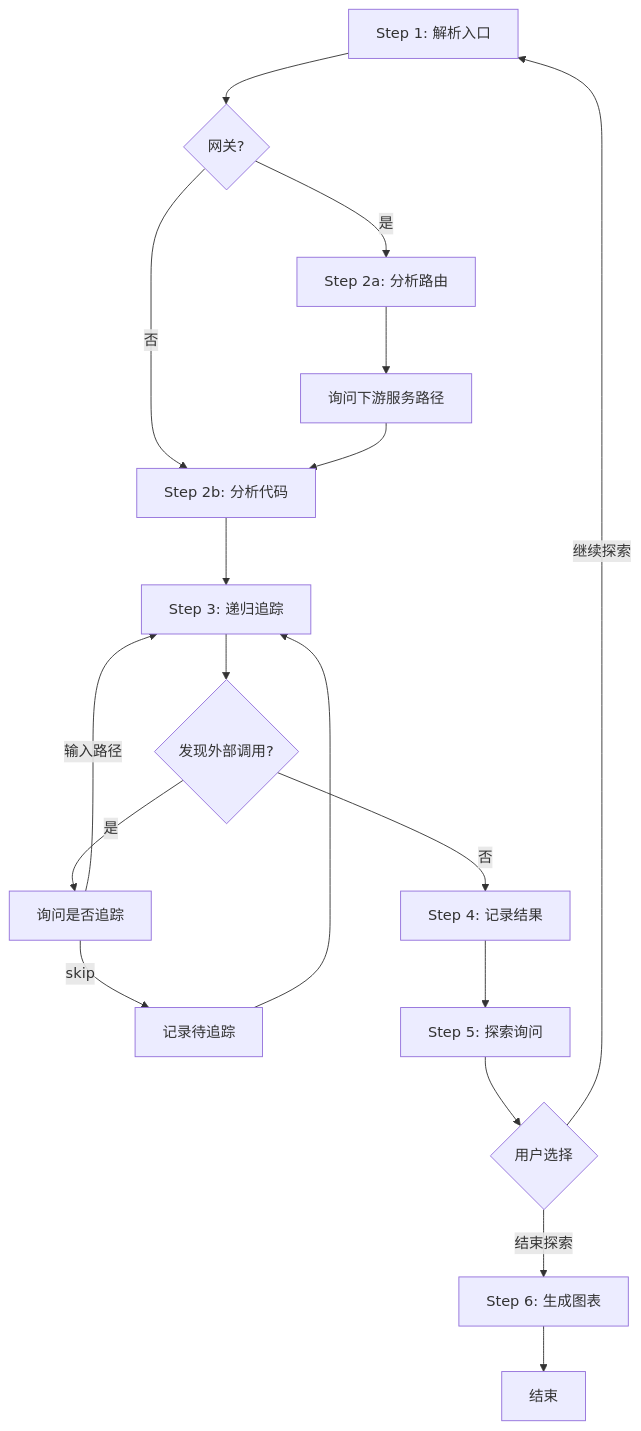
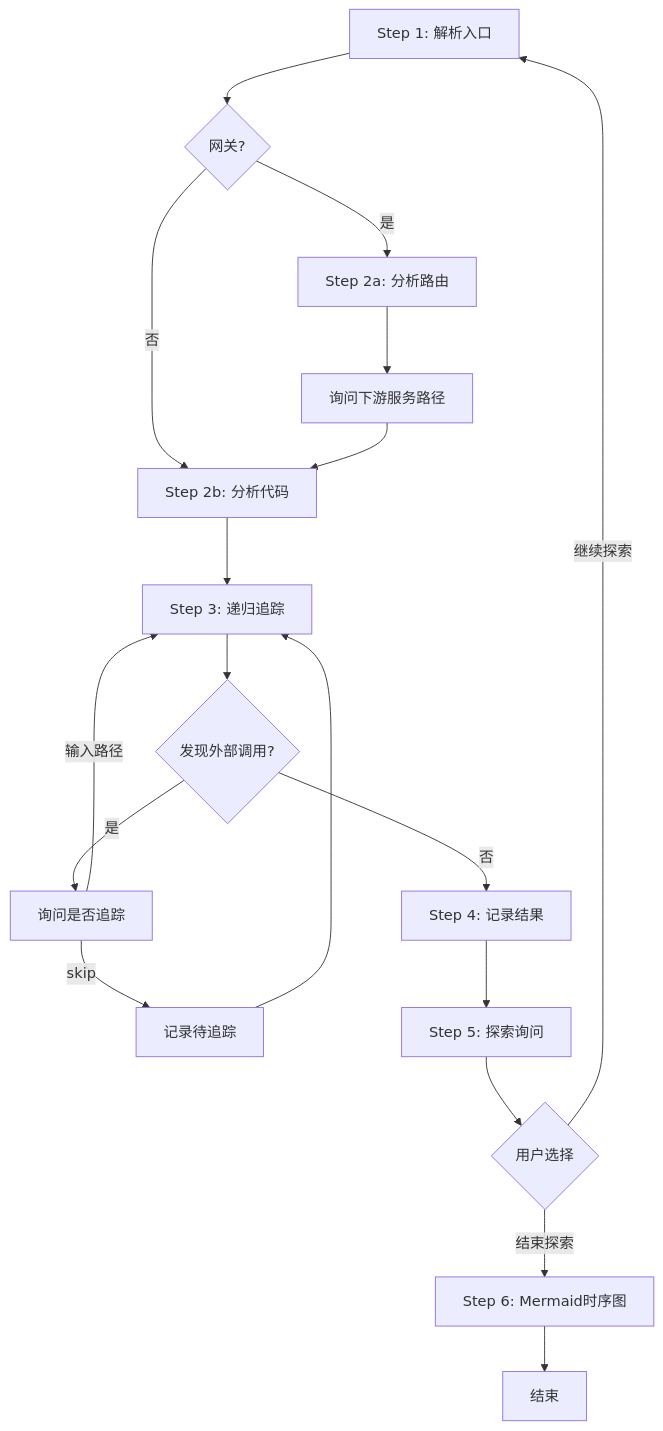
One commit to yves960/flow-trace changed the first of 2 diagrams in SKILL.md. Above: the diagram before and after it, drawn with Mermaid. The commit also changed other lines of this file, not shown here.

First line of the commit message:
fix: Step6描述改为Mermaid生成时序图

````diff
--- a/SKILL.md
+++ b/SKILL.md
@@ -64,25 +64,25 @@
 ```mermaid
 flowchart TB
     Step1[Step 1: 解析入口] --> Step2{网关?}
     Step2 -->|是| GW[Step 2a: 分析路由]
     Step2 -->|否| Service[Step 2b: 分析代码]
     GW --> Ask[询问下游服务路径]
     Ask --> Service
     
     Service --> Step3[Step 3: 递归追踪]
     Step3 --> Found{发现外部调用?}
     
     Found -->|是| AskExternal[询问是否追踪]
     AskExternal -->|输入路径| Step3
     AskExternal -->|skip| Record[记录待追踪]
     Record --> Step3
     
     Found -->|否| Step4[Step 4: 记录结果]
     Step4 --> Step5[Step 5: 探索询问]
     
     Step5 --> Choice{用户选择}
     Choice -->|继续探索| Step1
-    Choice -->|结束探索| Step6[Step 6: 生成图表]
+    Choice -->|结束探索| Step6[Step 6: Mermaid时序图]
     
     Step6 --> End[结束]
 ```
````
